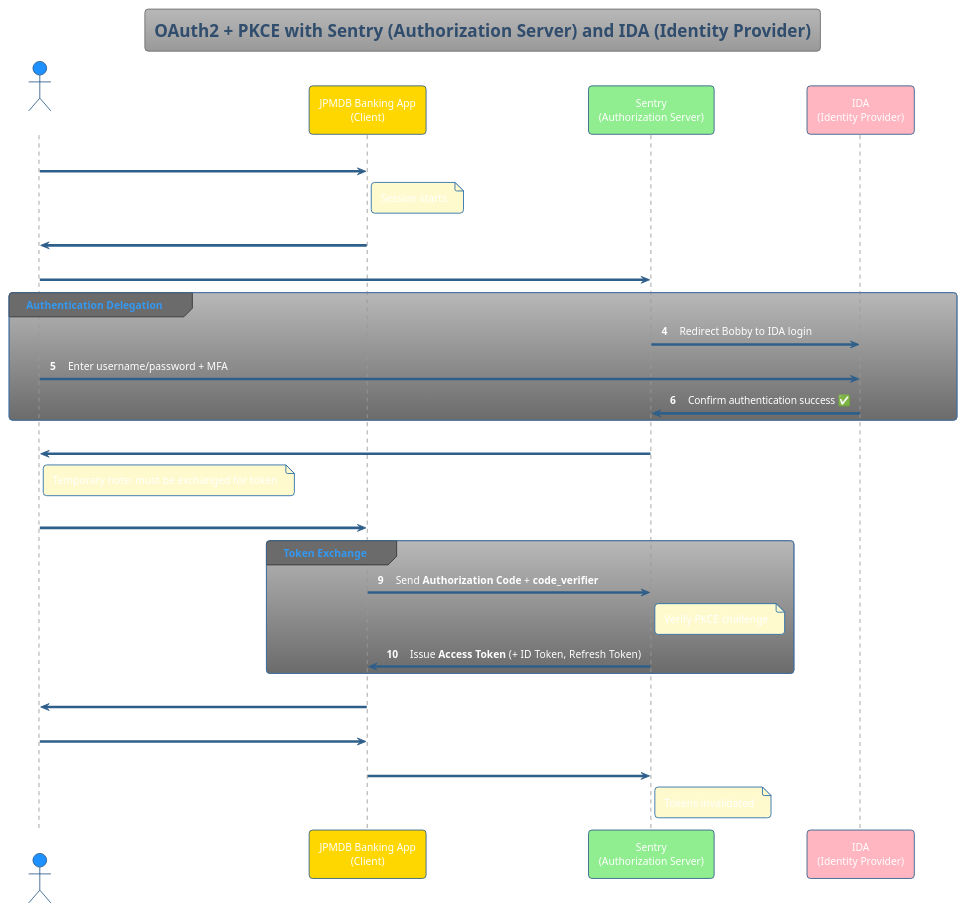
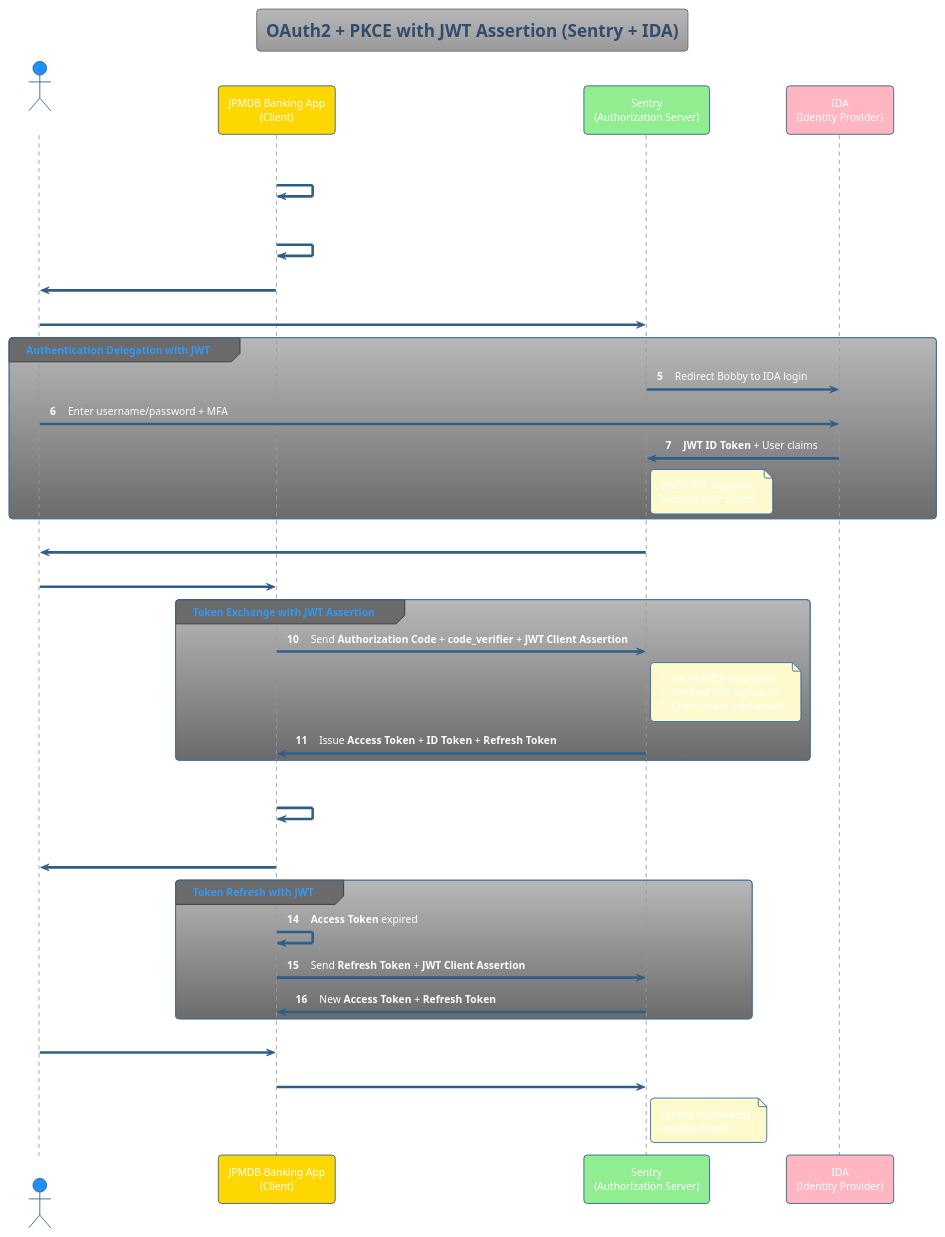
Before and after one commit to ahmedHanie93/Personal-projects: the diagram in Design/designs/sim.md, drawn with PlantUML. The commit also changed other lines of this file and 4 other files, not shown here.

`````diff
--- a/Design/designs/sim.md
+++ b/Design/designs/sim.md
@@ -25,60 +27,70 @@
 ```puml
 @startuml
 !theme spacelab
 skinparam ArrowColor #2E5F8A
 skinparam ActorBorderColor #2E5F8A
 skinparam ParticipantBorderColor #2E5F8A
 skinparam ParticipantBackgroundColor #F0F8FF
 skinparam NoteBackgroundColor #FFFACD
 
-title OAuth2 + PKCE with Sentry (Authorization Server) and IDA (Identity Provider)
+title OAuth2 + PKCE with JWT Assertion (Sentry + IDA)
 
 autonumber
 
 actor Bobby as User #DodgerBlue
 participant "JPMDB Banking App\n(Client)" as App #FFD700
 participant "Sentry\n(Authorization Server)" as Sentry #90EE90
 participant "IDA\n(Identity Provider)" as IDP #FFB6C1
 
-' === Activation ===
-User -> App: **Activate session** / Open JPMDB App
-note right of App
-Session starts
-end note
+' === Client Preparation ===
+App -> App: Generate **code_verifier**\nand **code_challenge**
+App -> App: Create **JWT Assertion**\n(signed with private key)
 
 ' === Authorization Request ===
 App -> User: Redirect to Sentry with **code_challenge**
 User -> Sentry: Arrives at Authorization Endpoint
 
-group Authentication Delegation
+group Authentication Delegation with JWT
     Sentry -> IDP: Redirect Bobby to IDA login
     User -> IDP: Enter username/password + MFA
-    IDP -> Sentry: Confirm authentication success ✅
+    IDP -> Sentry: **JWT ID Token** + User claims
+    note right of Sentry
+Verify IDP signature
+Validate user claims
+end note
 end
 
 Sentry -> User: Redirect back with **Authorization Code**
-note right of User
-Temporary note: must be exchanged for token
-end note
 User -> App: Deliver **Authorization Code**
 
-group Token Exchange
-    App -> Sentry: Send **Authorization Code** + **code_verifier**
+group Token Exchange with JWT Assertion
+    App -> Sentry: Send **Authorization Code** + **code_verifier** + **JWT Client Assertion**
     note right of Sentry
-Verify PKCE challenge
+1. Verify PKCE challenge
+2. Validate JWT signature
+3. Check client credentials
 end note
-    Sentry -> App: Issue **Access Token** (+ ID Token, Refresh Token)
+    Sentry -> App: Issue **Access Token** + **ID Token** + **Refresh Token**
 end
 
 ' === Resource Access ===
-App -> User: Use **Access Token** to call APIs (e.g., fetch account details)
+App -> App: Verify **ID Token** signature\nand extract user claims
+App -> User: Use **Access Token** to call APIs\n(e.g., fetch account details)
+
+' === Token Refresh (Optional) ===
+group Token Refresh with JWT
+    App -> App: **Access Token** expired
+    App -> Sentry: Send **Refresh Token** + **JWT Client Assertion**
+    Sentry -> App: New **Access Token** + **Refresh Token**
+end
 
 ' === Deactivation ===
 User -> App: **Deactivate session** / Logout
-App -> Sentry: Revoke **Access Token** / End session
+App -> Sentry: Revoke tokens using **JWT Assertion**
 note right of Sentry
 Tokens invalidated
+Session ended
 end note
 
 @enduml
-````
+```
`````
